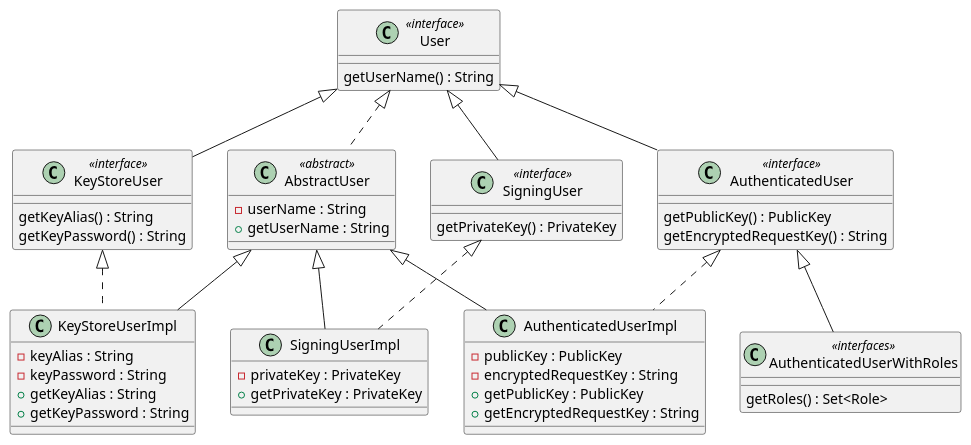
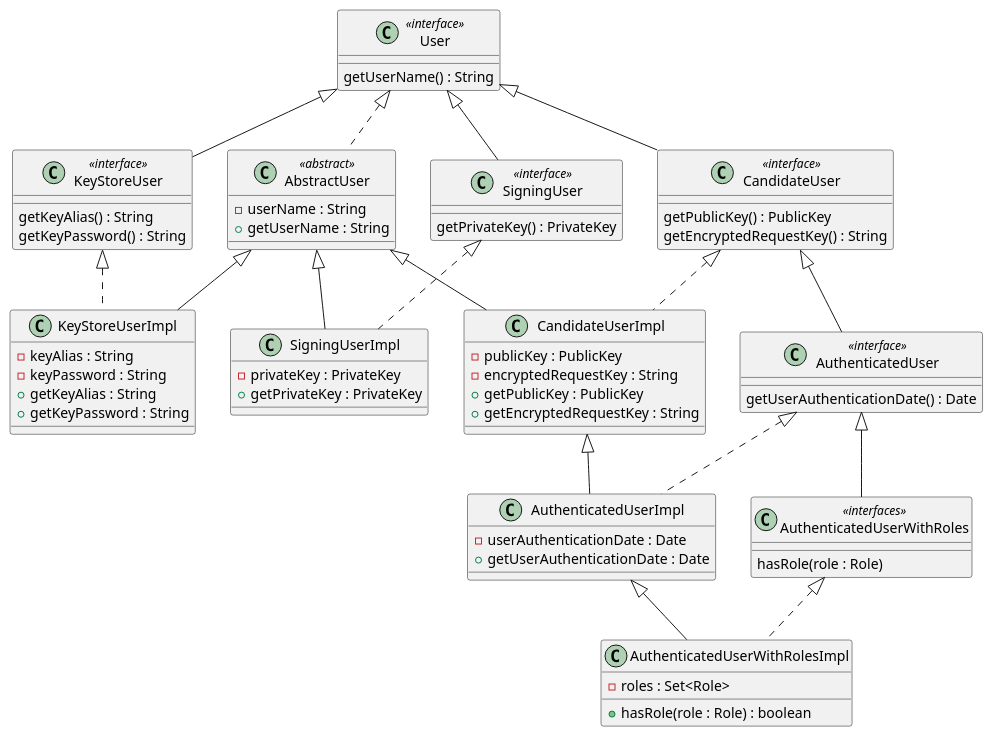
The diagram in rest-request-signing-doc/src/main/schemas/domain/user.puml (antoninBr/rest-request-signing), drawn with PlantUML before and after one commit.

Commit message:
Update the user class diagram

```diff
--- a/rest-request-signing-doc/src/main/schemas/domain/user.puml
+++ b/rest-request-signing-doc/src/main/schemas/domain/user.puml
@@ -1,49 +1,63 @@
 @startuml
 class User <<interface>>{
 
 getUserName() : String
 }
 
 class KeyStoreUser <<interface>> extends User{
 getKeyAlias() : String
 getKeyPassword() : String
 }
 
 class SigningUser <<interface>> extends User{
 getPrivateKey() : PrivateKey
 }
 
-class AuthenticatedUser <<interface>> extends User{
+class CandidateUser <<interface>> extends User{
 getPublicKey() : PublicKey
 getEncryptedRequestKey() : String
 }
 
+class AuthenticatedUser <<interface>> extends CandidateUser{
+getUserAuthenticationDate() : Date
+}
+
 class AuthenticatedUserWithRoles <<interfaces>> extends AuthenticatedUser{
-getRoles() : Set<Role>
+hasRole(role : Role)
 }
 
 class AbstractUser <<abstract>> implements User{
 - userName : String
 + getUserName : String
 }
 
 class KeyStoreUserImpl extends AbstractUser implements KeyStoreUser{
 - keyAlias : String
 - keyPassword : String
 + getKeyAlias : String
 + getKeyPassword : String
 }
 
 class SigningUserImpl extends AbstractUser implements SigningUser{
 - privateKey : PrivateKey
 + getPrivateKey : PrivateKey
 }
 
-class AuthenticatedUserImpl extends AbstractUser implements AuthenticatedUser{
+class CandidateUserImpl extends AbstractUser implements CandidateUser{
 - publicKey : PublicKey
 - encryptedRequestKey : String
 + getPublicKey : PublicKey
 + getEncryptedRequestKey : String
 }
 
+class AuthenticatedUserImpl extends CandidateUserImpl implements AuthenticatedUser{
+- userAuthenticationDate : Date
++ getUserAuthenticationDate : Date
+}
+
+class AuthenticatedUserWithRolesImpl extends AuthenticatedUserImpl implements AuthenticatedUserWithRoles{
+- roles : Set<Role>
++ hasRole(role : Role) : boolean
+}
+
 @enduml
```
